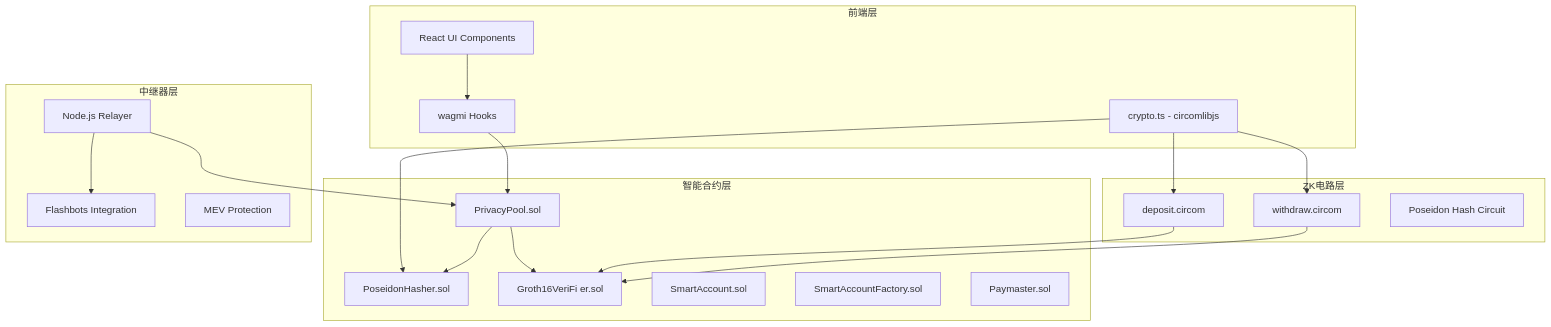
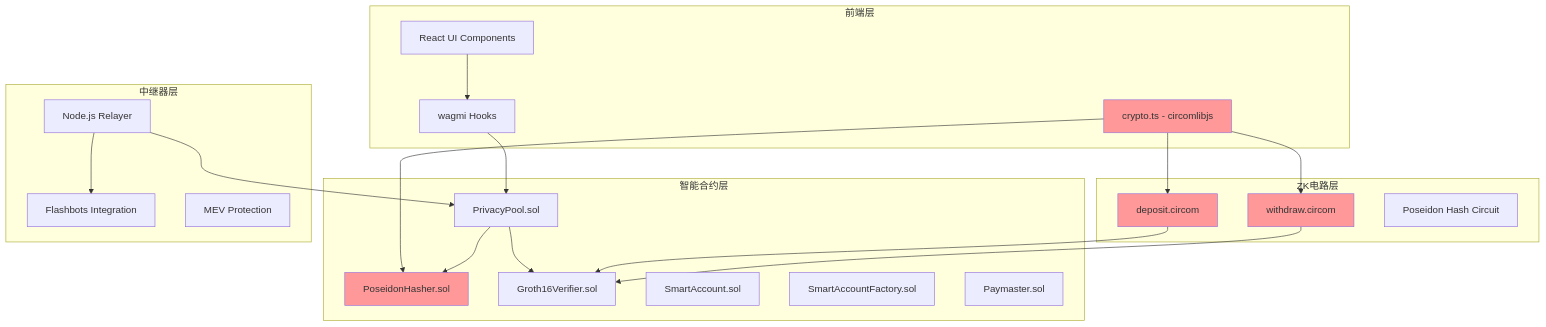
One commit to Wenbobobo/WhisperFi changed the first of 4 diagrams in README.md. Above: the diagram before and after it, drawn with Mermaid. The commit also changed other lines of this file and 25 other files, not shown here.

````diff
--- a/README.md
+++ b/README.md
@@ -8,46 +8,46 @@
 ```mermaid
 graph TB
     subgraph "前端层"
         A[React UI Components]
         B[crypto.ts - circomlibjs]
         C[wagmi Hooks]
     end
   
     subgraph "智能合约层"
         D[PrivacyPool.sol]
         E[PoseidonHasher.sol]
-        F[Groth16VeriFi er.sol]
+        F[Groth16Verifier.sol]
         G[SmartAccount.sol]
         H[SmartAccountFactory.sol]
         I[Paymaster.sol]
     end
   
     subgraph "ZK电路层"
         J[deposit.circom]
         K[withdraw.circom]
         L[Poseidon Hash Circuit]
     end
   
     subgraph "中继器层"
         M[Node.js Relayer]
         N[Flashbots Integration]
         O[MEV Protection]
     end
   
     A --> C
     B --> E
     C --> D
     D --> E
     D --> F
     B --> J
     B --> K
     J --> F
     K --> F
     M --> D
     M --> N
   
-    style E Fi ll:#ff9999
-    style B Fi ll:#ff9999
-    style J Fi ll:#ff9999
-    style K Fi ll:#ff9999
+    style E fill:#ff9999
+    style B fill:#ff9999
+    style J fill:#ff9999
+    style K fill:#ff9999
 ```
````
